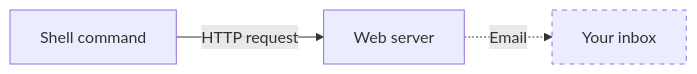
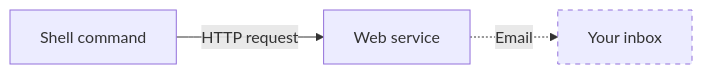
The diagram in README.md (eecavanna/curl-to-email), drawn with Mermaid before and after one commit. The commit also changed other lines of this file and 1 other file, not shown here.

Commit message:
Use the term "web service" instead of "web server"

````diff
--- a/README.md
+++ b/README.md
@@ -10,10 +10,10 @@
 ```mermaid
 flowchart LR
   client["Shell command"]
-  server["Web server"]
+  server["Web service"]
   inbox["Your inbox"]
 
   client -- "HTTP request" --> server -. "Email" .-> inbox
 
   style inbox stroke-dasharray: 5
 ```
````
